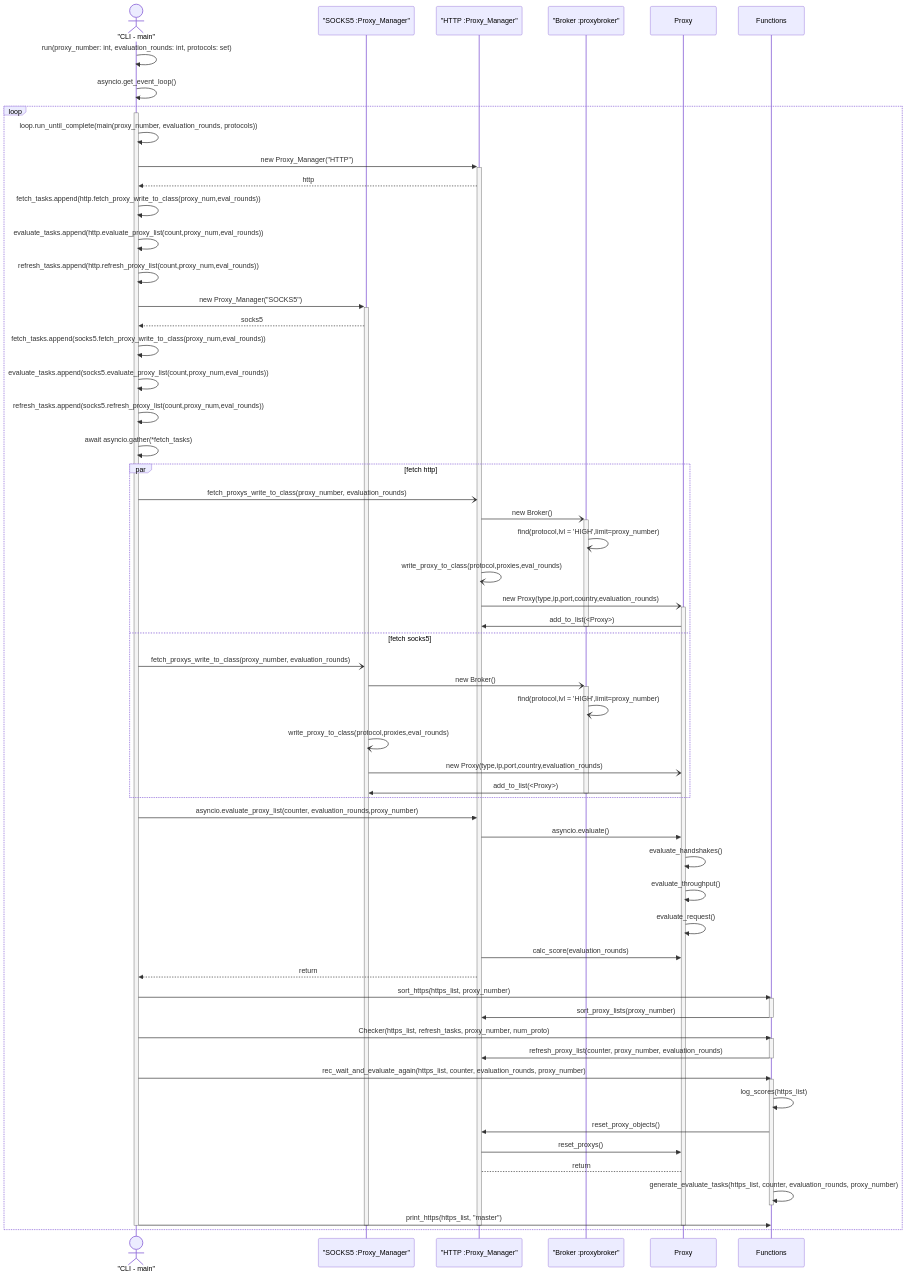
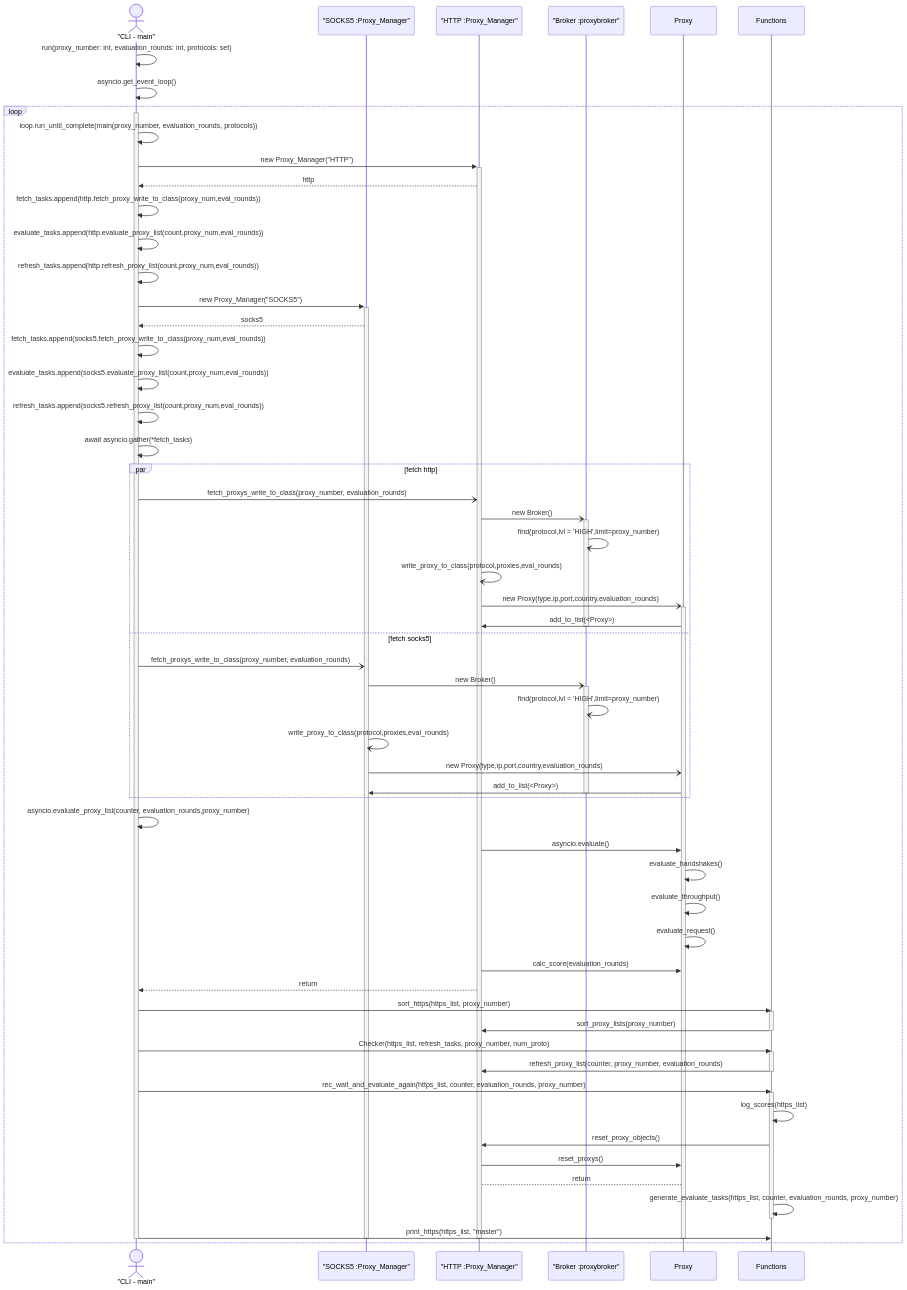
The second of 2 diagrams in README.md (quintuscodes/Proxy-Reliability-using-Proxybroker2), drawn with Mermaid before and after one commit.

Commit message:
README.md

```diff
--- a/README.md
+++ b/README.md
@@ -133,7 +133,7 @@
         deactivate broker
       end
 
-      main->>http: asyncio.evaluate_proxy_list(counter, evaluation_rounds,proxy_number)
+      main->>main: asyncio.evaluate_proxy_list(counter, evaluation_rounds,proxy_number)
       
       http->>Proxy: asyncio.evaluate()
       Proxy->>Proxy: evaluate_handshakes()
```
